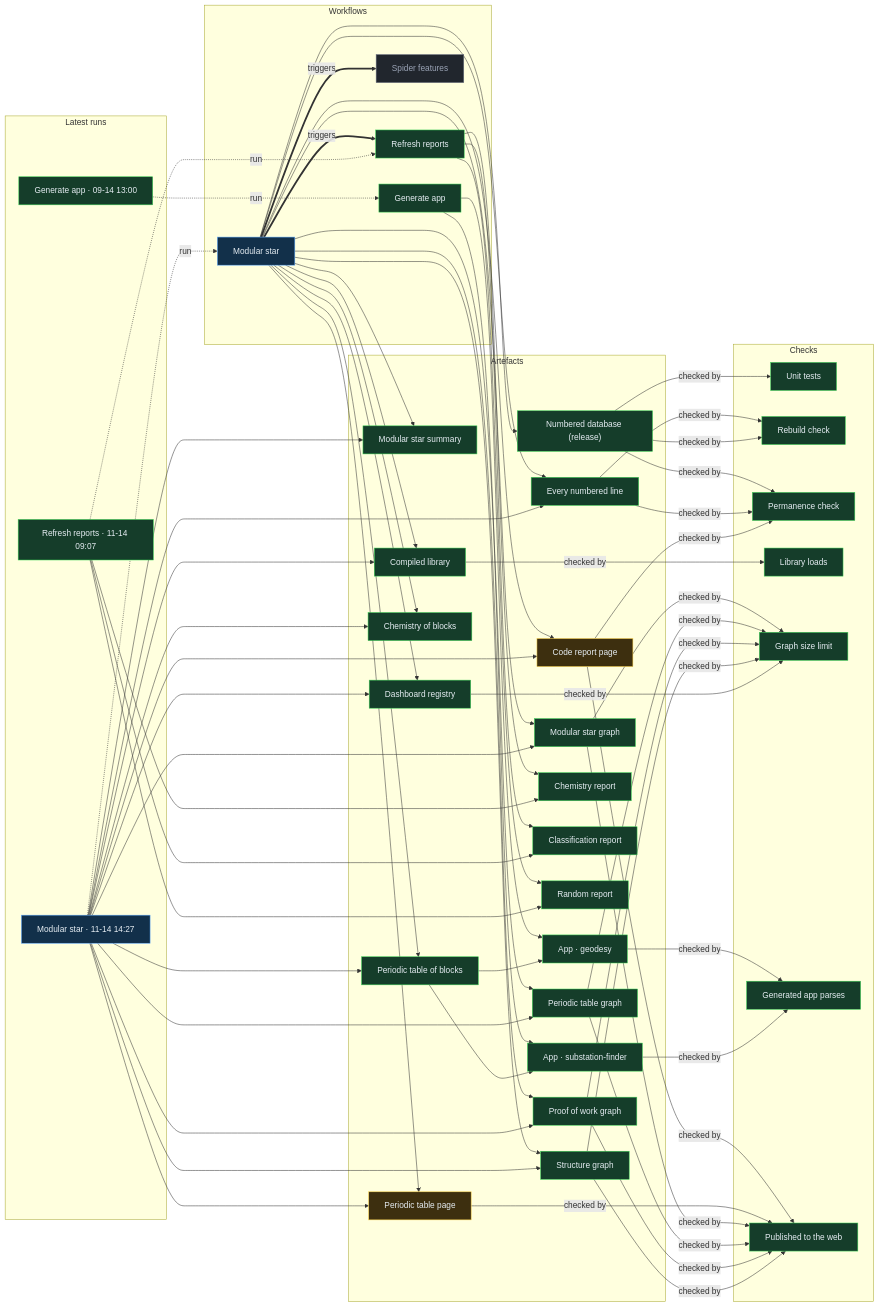
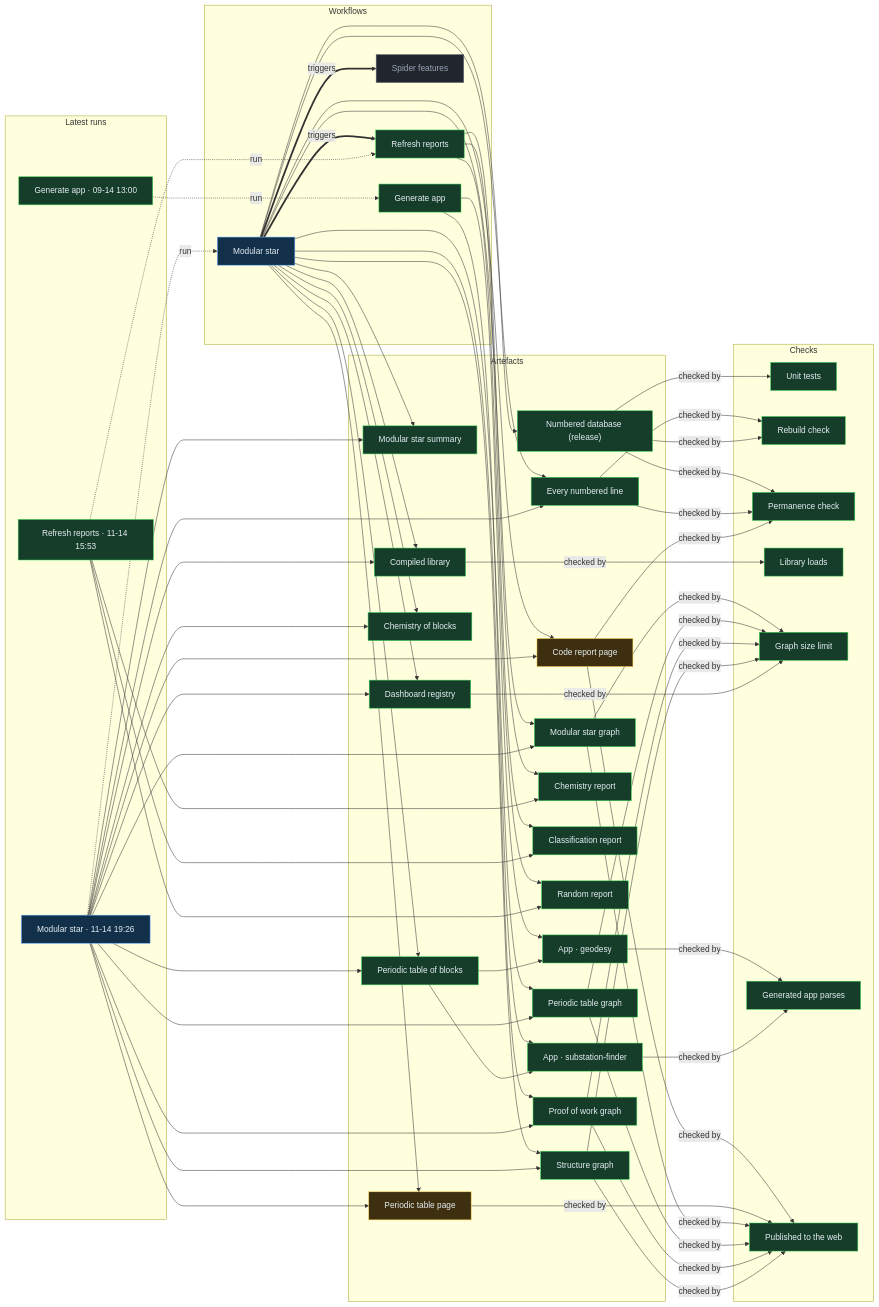
The diagram in proof/PROOF.md (Ventusltd/stars), drawn with Mermaid before and after one commit. The commit also changed other lines of this file and 50 other files, not shown here.

Commit message:
Modular star 2026-11-14T19:30Z

```diff
--- a/proof/PROOF.md
+++ b/proof/PROOF.md
@@ -24,8 +24,8 @@
   n_wf_spider_features["Spider features"]:::off
   end
   subgraph g_runs["Latest runs"]
-  n_run_43604973724["Modular star · 11-14 14:27"]:::live
-  n_run_43579069428["Refresh reports · 11-14 09:07"]:::ok
+  n_run_43632141764["Modular star · 11-14 19:26"]:::live
+  n_run_43612625799["Refresh reports · 11-14 15:53"]:::ok
   n_run_34846587798["Generate app · 09-14 13:00"]:::ok
   end
   subgraph g_artefacts["Artefacts"]
@@ -59,39 +59,39 @@
   end
   n_wf_modular_star == triggers ==> n_wf_refresh
   n_wf_modular_star == triggers ==> n_wf_spider_features
-  n_run_43604973724 -. run .-> n_wf_modular_star
-  n_run_43579069428 -. run .-> n_wf_refresh
+  n_run_43632141764 -. run .-> n_wf_modular_star
+  n_run_43612625799 -. run .-> n_wf_refresh
   n_run_34846587798 -. run .-> n_wf_generate
   n_wf_modular_star --> n_art_summary
-  n_run_43604973724 --> n_art_summary
+  n_run_43632141764 --> n_art_summary
   n_wf_modular_star --> n_art_lines
-  n_run_43604973724 --> n_art_lines
+  n_run_43632141764 --> n_art_lines
   n_wf_modular_star --> n_art_code
-  n_run_43604973724 --> n_art_code
+  n_run_43632141764 --> n_art_code
   n_wf_modular_star --> n_art_modular_graph
-  n_run_43604973724 --> n_art_modular_graph
+  n_run_43632141764 --> n_art_modular_graph
   n_wf_modular_star --> n_art_blocks
-  n_run_43604973724 --> n_art_blocks
+  n_run_43632141764 --> n_art_blocks
   n_wf_modular_star --> n_art_table
-  n_run_43604973724 --> n_art_table
+  n_run_43632141764 --> n_art_table
   n_wf_modular_star --> n_art_blocks_graph
-  n_run_43604973724 --> n_art_blocks_graph
+  n_run_43632141764 --> n_art_blocks_graph
   n_wf_modular_star --> n_art_reactions
-  n_run_43604973724 --> n_art_reactions
+  n_run_43632141764 --> n_art_reactions
   n_wf_modular_star --> n_art_library
-  n_run_43604973724 --> n_art_library
+  n_run_43632141764 --> n_art_library
   n_wf_modular_star --> n_art_features
-  n_run_43604973724 --> n_art_features
+  n_run_43632141764 --> n_art_features
   n_wf_modular_star --> n_art_proof
-  n_run_43604973724 --> n_art_proof
+  n_run_43632141764 --> n_art_proof
   n_wf_modular_star --> n_art_structure
-  n_run_43604973724 --> n_art_structure
+  n_run_43632141764 --> n_art_structure
   n_wf_refresh --> n_art_chemistry
-  n_run_43579069428 --> n_art_chemistry
+  n_run_43612625799 --> n_art_chemistry
   n_wf_refresh --> n_art_vedic
-  n_run_43579069428 --> n_art_vedic
+  n_run_43612625799 --> n_art_vedic
   n_wf_refresh --> n_art_random
-  n_run_43579069428 --> n_art_random
+  n_run_43612625799 --> n_art_random
   n_wf_modular_star --> n_art_release
   n_wf_generate --> n_app_geodesy
   n_art_blocks --> n_app_geodesy
```
